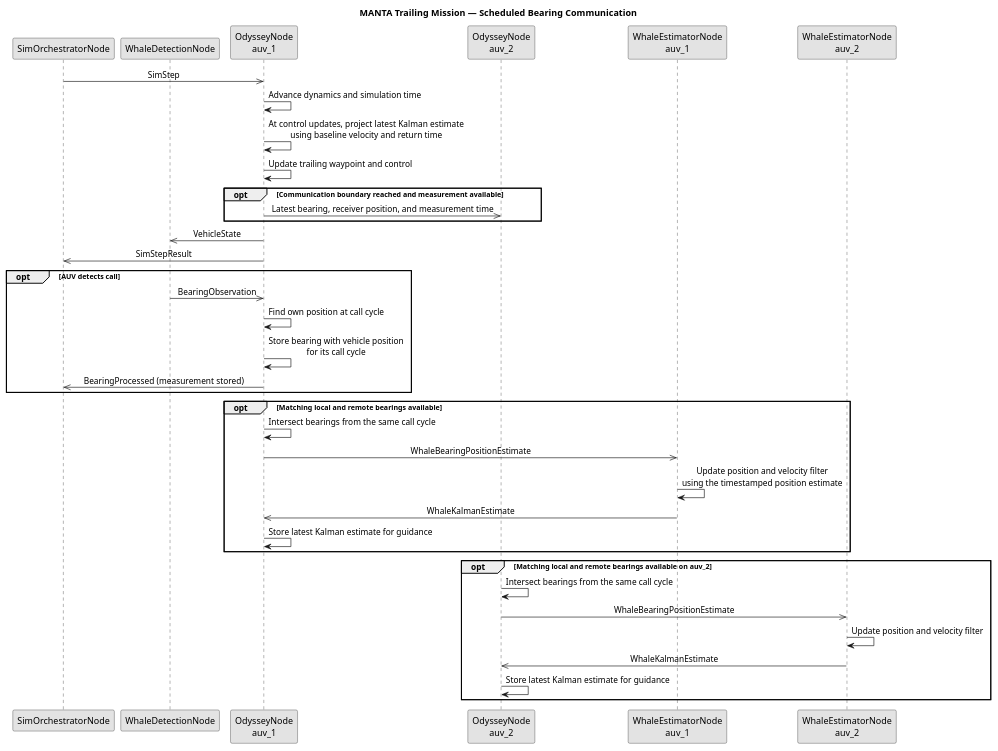
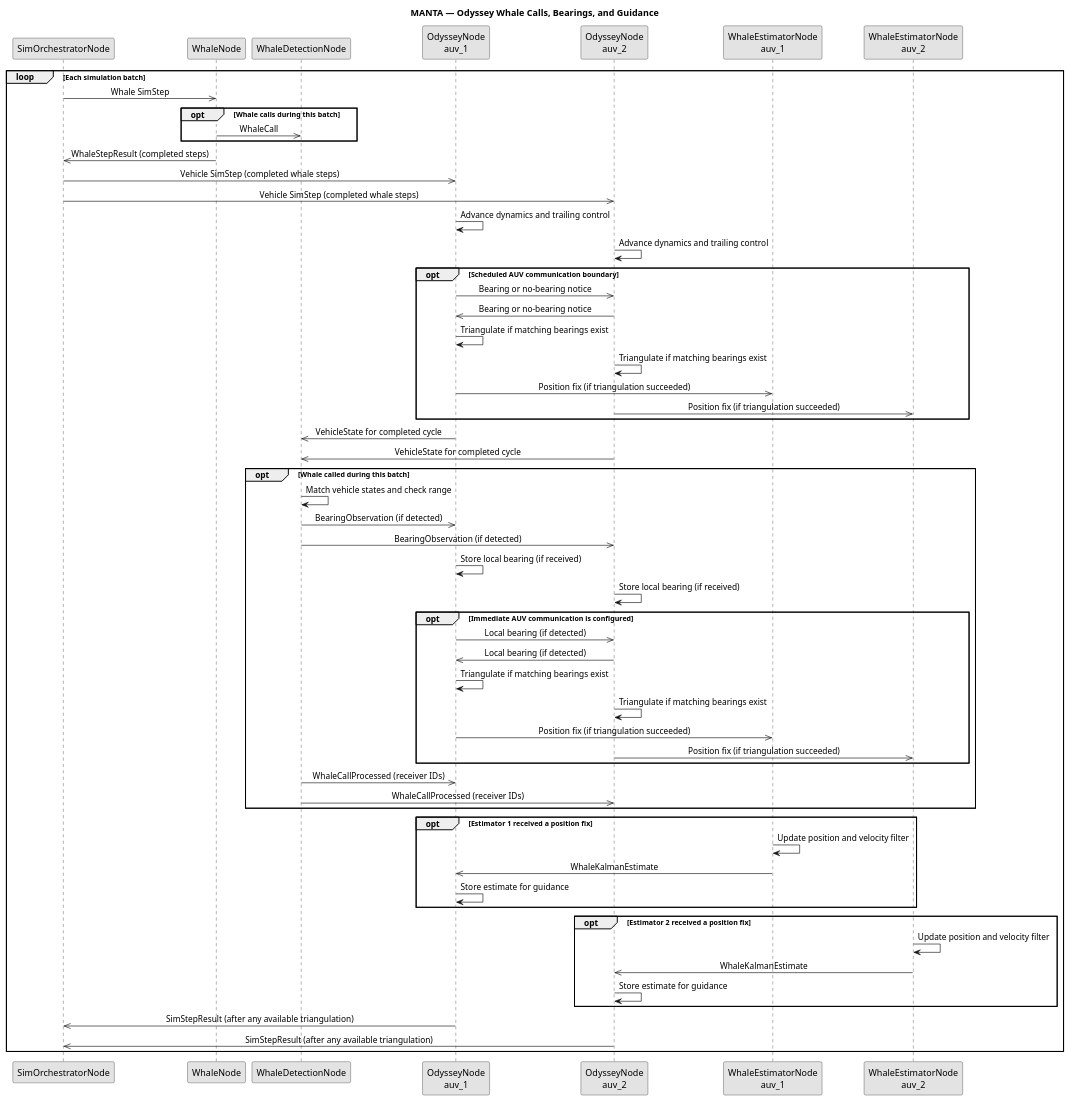
One commit to Tebcherani/MANTA changed the diagram in components/manta_odyssey/docs/odyssey_sequence.puml. Above: the diagram before and after it, drawn with PlantUML. The commit also changed 41 other files, not shown here.

Commit message:
Refactored manta core and simulation orchestrator

```diff
--- a/components/manta_odyssey/docs/odyssey_sequence.puml
+++ b/components/manta_odyssey/docs/odyssey_sequence.puml
@@ -1,51 +1,73 @@
 @startuml
-title MANTA Trailing Mission — Scheduled Bearing Communication
+title MANTA — Odyssey Whale Calls, Bearings, and Guidance
 
 skinparam monochrome true
 skinparam shadowing false
 skinparam sequenceMessageAlign center
 skinparam responseMessageBelowArrow true
 
 participant "SimOrchestratorNode" as Orchestrator
+participant "WhaleNode" as Whale
 participant "WhaleDetectionNode" as Detection
 participant "OdysseyNode\nauv_1" as AUV1
 participant "OdysseyNode\nauv_2" as AUV2
 participant "WhaleEstimatorNode\nauv_1" as Estimator1
 participant "WhaleEstimatorNode\nauv_2" as Estimator2
 
-Orchestrator ->> AUV1 : SimStep
-AUV1 -> AUV1 : Advance dynamics and simulation time
-AUV1 -> AUV1 : At control updates, project latest Kalman estimate\nusing baseline velocity and return time
-AUV1 -> AUV1 : Update trailing waypoint and control
+loop Each simulation batch
+    Orchestrator ->> Whale : Whale SimStep
+    opt Whale calls during this batch
+        Whale ->> Detection : WhaleCall
+    end
+    Whale ->> Orchestrator : WhaleStepResult (completed steps)
+    Orchestrator ->> AUV1 : Vehicle SimStep (completed whale steps)
+    Orchestrator ->> AUV2 : Vehicle SimStep (completed whale steps)
+    AUV1 -> AUV1 : Advance dynamics and trailing control
+    AUV2 -> AUV2 : Advance dynamics and trailing control
 
-opt Communication boundary reached and measurement available
-    AUV1 ->> AUV2 : Latest bearing, receiver position, and measurement time
-end
+    opt Scheduled AUV communication boundary
+        AUV1 ->> AUV2 : Bearing or no-bearing notice
+        AUV2 ->> AUV1 : Bearing or no-bearing notice
+        AUV1 -> AUV1 : Triangulate if matching bearings exist
+        AUV2 -> AUV2 : Triangulate if matching bearings exist
+        AUV1 ->> Estimator1 : Position fix (if triangulation succeeded)
+        AUV2 ->> Estimator2 : Position fix (if triangulation succeeded)
+    end
 
-AUV1 ->> Detection : VehicleState
-AUV1 ->> Orchestrator : SimStepResult
+    AUV1 ->> Detection : VehicleState for completed cycle
+    AUV2 ->> Detection : VehicleState for completed cycle
+    opt Whale called during this batch
+        Detection -> Detection : Match vehicle states and check range
+        Detection ->> AUV1 : BearingObservation (if detected)
+        Detection ->> AUV2 : BearingObservation (if detected)
+        AUV1 -> AUV1 : Store local bearing (if received)
+        AUV2 -> AUV2 : Store local bearing (if received)
+        opt Immediate AUV communication is configured
+            AUV1 ->> AUV2 : Local bearing (if detected)
+            AUV2 ->> AUV1 : Local bearing (if detected)
+            AUV1 -> AUV1 : Triangulate if matching bearings exist
+            AUV2 -> AUV2 : Triangulate if matching bearings exist
+            AUV1 ->> Estimator1 : Position fix (if triangulation succeeded)
+            AUV2 ->> Estimator2 : Position fix (if triangulation succeeded)
+        end
+        Detection ->> AUV1 : WhaleCallProcessed (receiver IDs)
+        Detection ->> AUV2 : WhaleCallProcessed (receiver IDs)
+    end
 
-opt AUV detects call
-    Detection ->> AUV1 : BearingObservation
-    AUV1 -> AUV1 : Find own position at call cycle
-    AUV1 -> AUV1 : Store bearing with vehicle position\nfor its call cycle
-    AUV1 ->> Orchestrator : BearingProcessed (measurement stored)
-end
+    opt Estimator 1 received a position fix
+        Estimator1 -> Estimator1 : Update position and velocity filter
+        Estimator1 ->> AUV1 : WhaleKalmanEstimate
+        AUV1 -> AUV1 : Store estimate for guidance
+    end
 
-opt Matching local and remote bearings available
-    AUV1 -> AUV1 : Intersect bearings from the same call cycle
-    AUV1 ->> Estimator1 : WhaleBearingPositionEstimate
-    Estimator1 -> Estimator1 : Update position and velocity filter\nusing the timestamped position estimate
-    Estimator1 ->> AUV1 : WhaleKalmanEstimate
-    AUV1 -> AUV1 : Store latest Kalman estimate for guidance
-end
+    opt Estimator 2 received a position fix
+        Estimator2 -> Estimator2 : Update position and velocity filter
+        Estimator2 ->> AUV2 : WhaleKalmanEstimate
+        AUV2 -> AUV2 : Store estimate for guidance
+    end
 
-opt Matching local and remote bearings available on auv_2
-    AUV2 -> AUV2 : Intersect bearings from the same call cycle
-    AUV2 ->> Estimator2 : WhaleBearingPositionEstimate
-    Estimator2 -> Estimator2 : Update position and velocity filter
-    Estimator2 ->> AUV2 : WhaleKalmanEstimate
-    AUV2 -> AUV2 : Store latest Kalman estimate for guidance
+    AUV1 ->> Orchestrator : SimStepResult (after any available triangulation)
+    AUV2 ->> Orchestrator : SimStepResult (after any available triangulation)
 end
 
 @enduml
```
